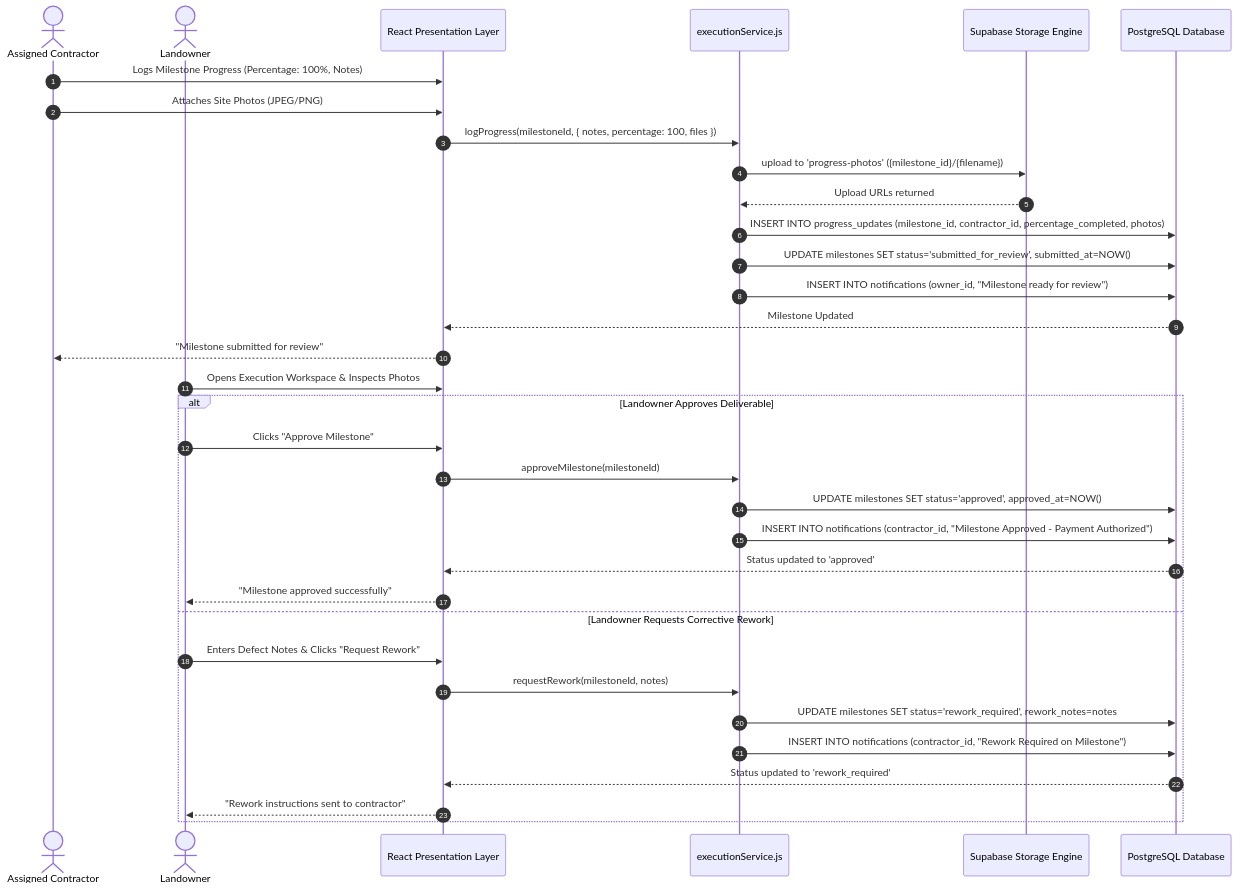
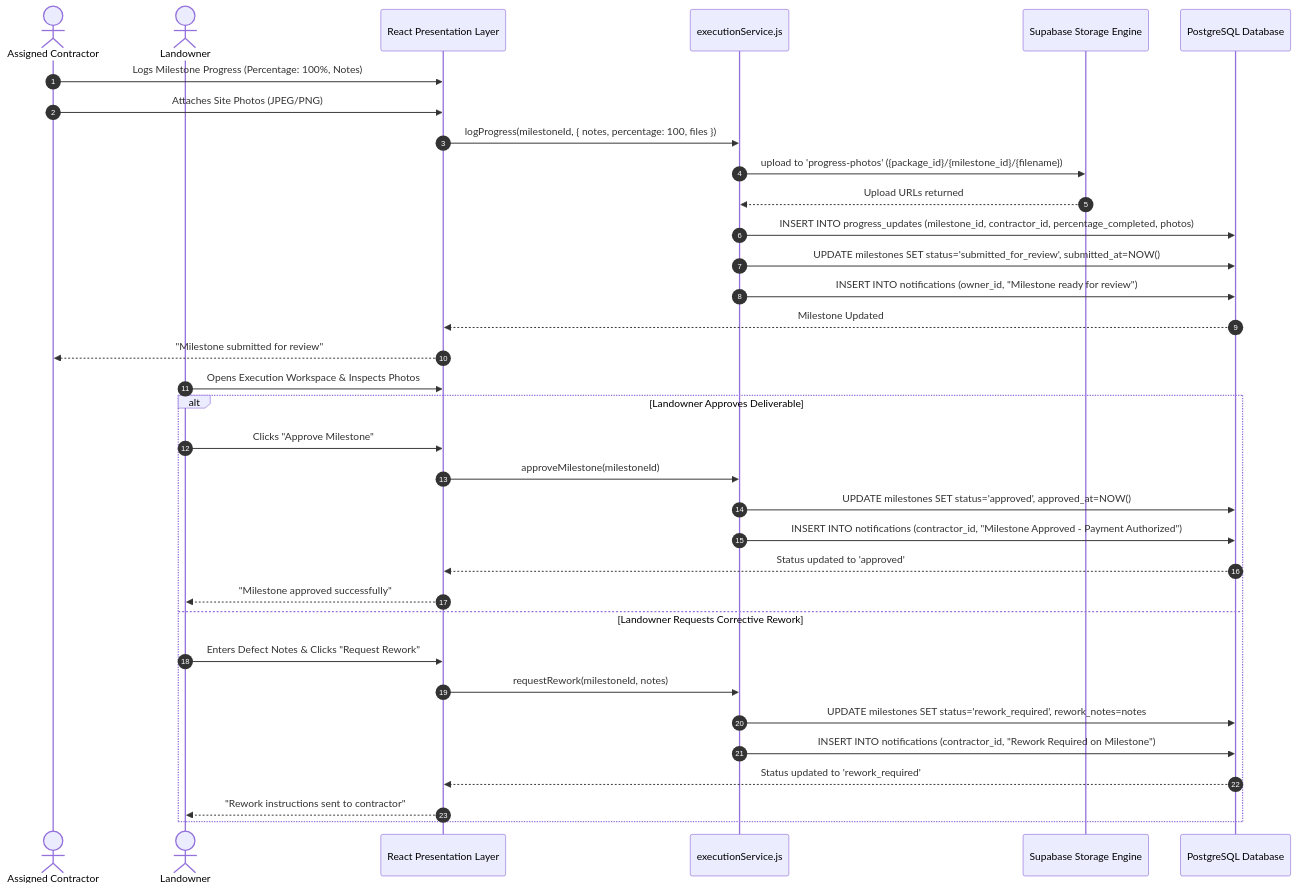
Before and after one commit to Mahmoud-ELsayed520/BuildMatch: the sixth of 9 diagrams in docs/03-system-design/09-sequence-diagrams.md, drawn with Mermaid. The commit also changed other lines of this file and 15 other files, not shown here.

Commit message:
docs(sad): apply targeted accuracy corrections for physical ERD, RPC behaviors, and storage scopes

````diff
--- a/docs/03-system-design/09-sequence-diagrams.md
+++ b/docs/03-system-design/09-sequence-diagrams.md
@@ -251,38 +254,38 @@
 ```mermaid
 sequenceDiagram
   autonumber
   actor Contractor as Assigned Contractor
   actor Landowner as Landowner
   participant UI as React Presentation Layer
   participant ExecSvc as executionService.js
   participant StorageAPI as Supabase Storage Engine
   participant DB as PostgreSQL Database
 
   Contractor->>UI: Logs Milestone Progress (Percentage: 100%, Notes)
   Contractor->>UI: Attaches Site Photos (JPEG/PNG)
   UI->>ExecSvc: logProgress(milestoneId, { notes, percentage: 100, files })
-  ExecSvc->>StorageAPI: upload to 'progress-photos' ({milestone_id}/{filename})
+  ExecSvc->>StorageAPI: upload to 'progress-photos' ({package_id}/{milestone_id}/{filename})
   StorageAPI-->>ExecSvc: Upload URLs returned
   ExecSvc->>DB: INSERT INTO progress_updates (milestone_id, contractor_id, percentage_completed, photos)
   ExecSvc->>DB: UPDATE milestones SET status='submitted_for_review', submitted_at=NOW()
   ExecSvc->>DB: INSERT INTO notifications (owner_id, "Milestone ready for review")
   DB-->>UI: Milestone Updated
   UI-->>Contractor: "Milestone submitted for review"
 
   Landowner->>UI: Opens Execution Workspace & Inspects Photos
   alt Landowner Approves Deliverable
     Landowner->>UI: Clicks "Approve Milestone"
     UI->>ExecSvc: approveMilestone(milestoneId)
     ExecSvc->>DB: UPDATE milestones SET status='approved', approved_at=NOW()
     ExecSvc->>DB: INSERT INTO notifications (contractor_id, "Milestone Approved - Payment Authorized")
     DB-->>UI: Status updated to 'approved'
     UI-->>Landowner: "Milestone approved successfully"
   else Landowner Requests Corrective Rework
     Landowner->>UI: Enters Defect Notes & Clicks "Request Rework"
     UI->>ExecSvc: requestRework(milestoneId, notes)
     ExecSvc->>DB: UPDATE milestones SET status='rework_required', rework_notes=notes
     ExecSvc->>DB: INSERT INTO notifications (contractor_id, "Rework Required on Milestone")
     DB-->>UI: Status updated to 'rework_required'
     UI-->>Landowner: "Rework instructions sent to contractor"
   end
 ```
````
